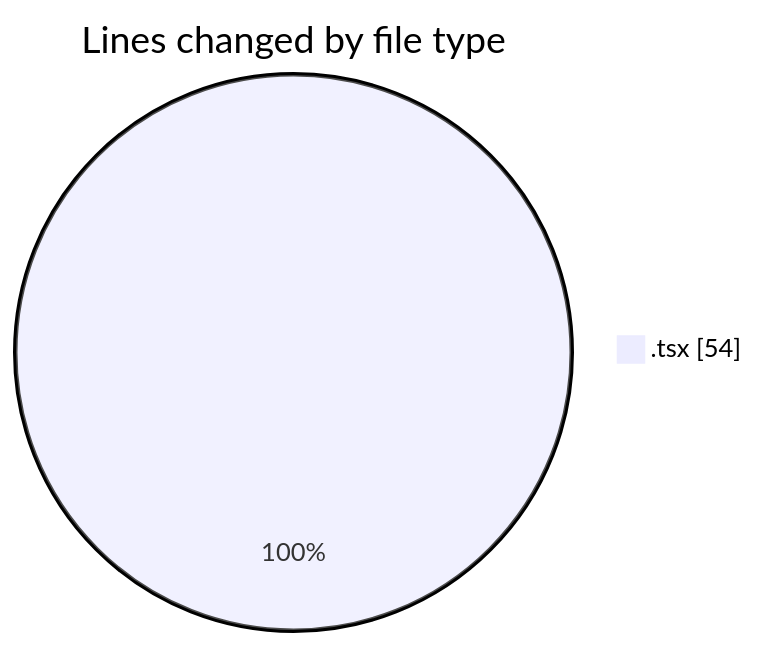
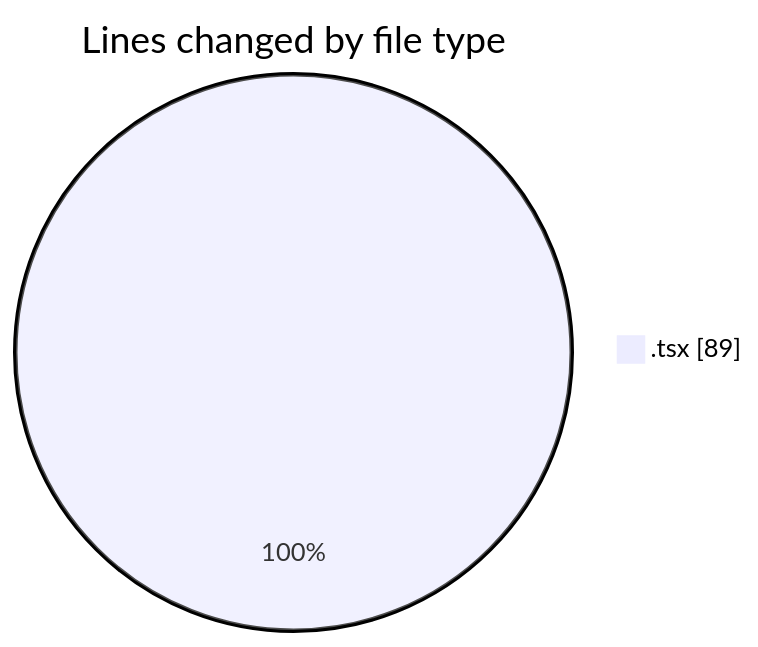
The first of 2 diagrams in 2025-03-13/termonied-web/README.md (robertbonfada/code-tracking), drawn with Mermaid before and after one commit. The commit also changed other lines of this file and 1 other file, not shown here.

````diff
--- a/2025-03-13/termonied-web/README.md
+++ b/2025-03-13/termonied-web/README.md
@@ -20,5 +20,5 @@
 ```mermaid
 pie showData
 title Lines changed by file type
-".tsx" : 54
+".tsx" : 89
 ```
````
